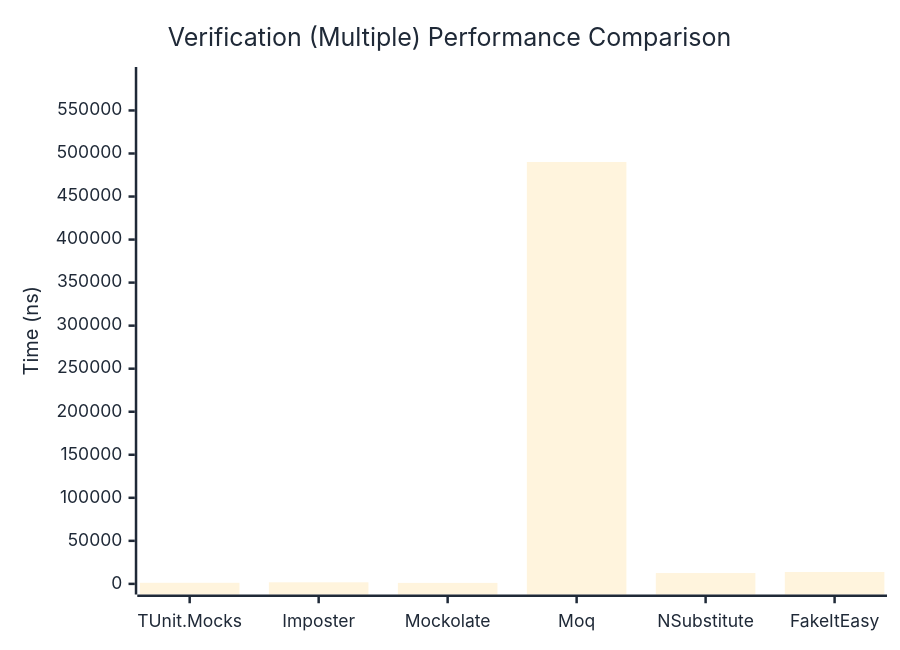
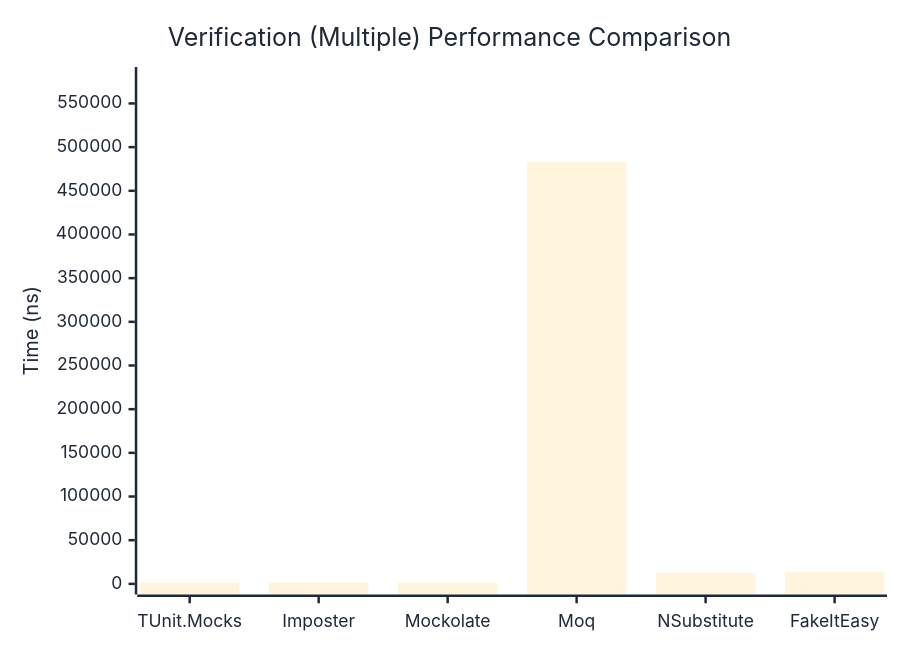
Before and after one commit to thomhurst/TUnit: the third of 3 diagrams in docs/docs/benchmarks/mocks/Verification.md, drawn with Mermaid. The commit also changed other lines of this file and 14 other files, not shown here.

````diff
--- a/docs/docs/benchmarks/mocks/Verification.md
+++ b/docs/docs/benchmarks/mocks/Verification.md
@@ -112,27 +112,27 @@
 ```mermaid
 %%{init: {
   'theme':'base',
   'themeVariables': {
     'primaryColor': '#2563eb',
     'primaryTextColor': '#1f2937',
     'primaryBorderColor': '#1e40af',
     'lineColor': '#6b7280',
     'secondaryColor': '#7c3aed',
     'tertiaryColor': '#dc2626',
     'background': '#ffffff',
     'pie1': '#2563eb',
     'pie2': '#7c3aed',
     'pie3': '#dc2626',
     'pie4': '#f59e0b',
     'pie5': '#10b981',
     'pie6': '#06b6d4',
     'pie7': '#ec4899',
     'pie8': '#6366f1'
   }
 }}%%
 xychart-beta
   title "Verification (Multiple) Performance Comparison"
   x-axis ["TUnit.Mocks", "Imposter", "Mockolate", "Moq", "NSubstitute", "FakeItEasy"]
-  y-axis "Time (ns)" 0 --> 588142
-  bar [1254.15, 1827.19, 1141.55, 490117.67, 12577.12, 13775.11]
+  y-axis "Time (ns)" 0 --> 579555
+  bar [1312.16, 1877.09, 1193.3, 482961.94, 12670.56, 13901.63]
 ```
````
